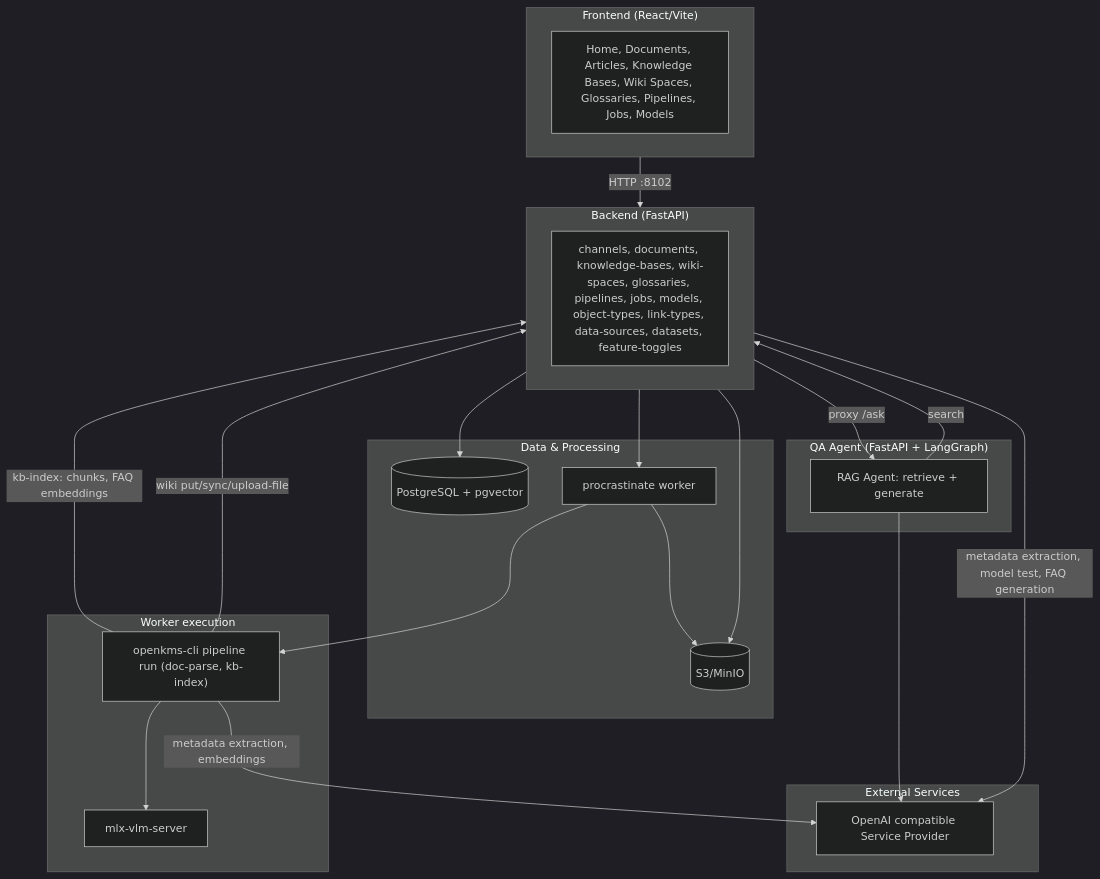
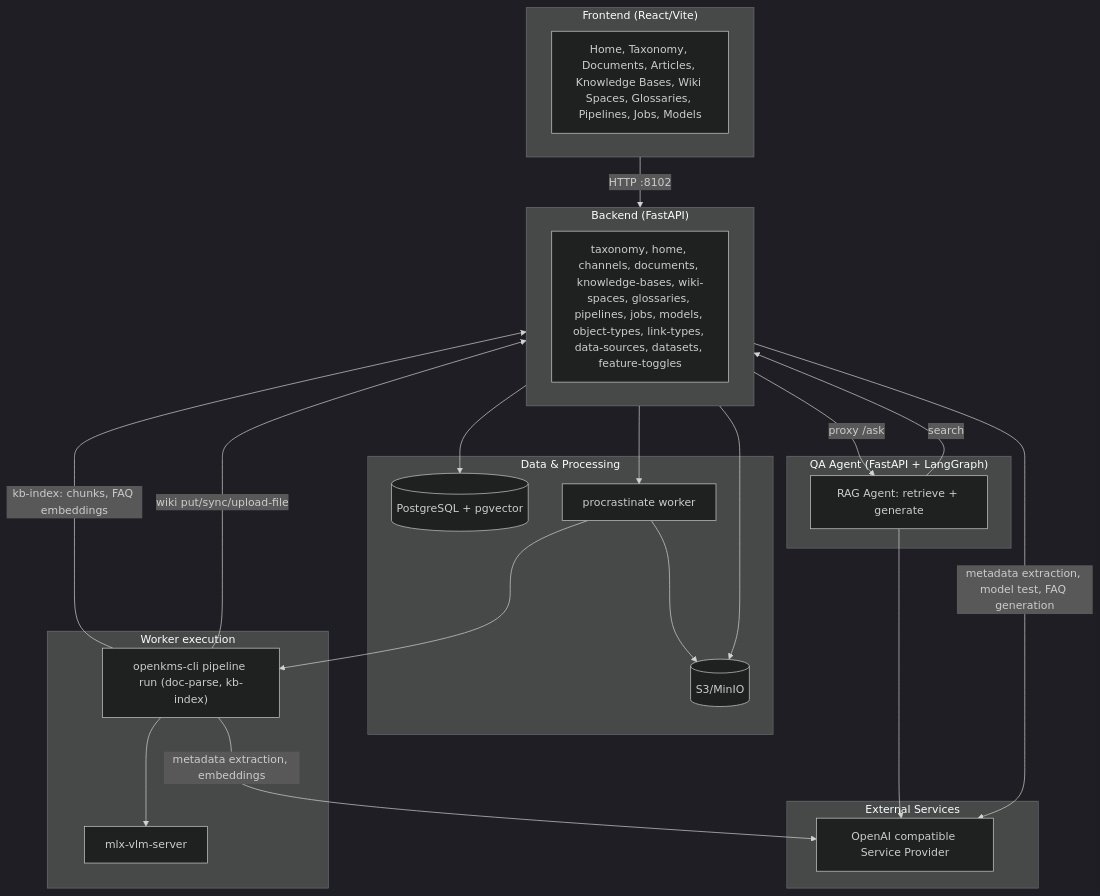
The first of 5 diagrams in docs/architecture.md (yingrui/openKMS), drawn with Mermaid (dark theme) before and after one commit. The commit also changed other lines of this file and 35 other files, not shown here.

First line of the commit message:
feat: taxonomy, home hub, public marketing home, and related migrations

````diff
--- a/docs/architecture.md
+++ b/docs/architecture.md
@@ -7,44 +7,44 @@
 ```mermaid
 flowchart TB
   subgraph Frontend["Frontend (React/Vite)"]
-    FE["Home, Documents, Articles, Knowledge Bases, Wiki Spaces, Glossaries, Pipelines, Jobs, Models"]
+    FE["Home, Taxonomy, Documents, Articles, Knowledge Bases, Wiki Spaces, Glossaries, Pipelines, Jobs, Models"]
   end
 
   subgraph Backend["Backend (FastAPI)"]
-    API["channels, documents, knowledge-bases, wiki-spaces, glossaries, pipelines, jobs, models, object-types, link-types, data-sources, datasets, feature-toggles"]
+    API["taxonomy, home, channels, documents, knowledge-bases, wiki-spaces, glossaries, pipelines, jobs, models, object-types, link-types, data-sources, datasets, feature-toggles"]
   end
 
   subgraph Storage["Data & Processing"]
     PG[("PostgreSQL + pgvector")]
     S3[(S3/MinIO)]
     Worker["procrastinate worker"]
   end
 
   subgraph WorkerDetail["Worker execution"]
     CLI["openkms-cli pipeline run (doc-parse, kb-index)"]
     VLM["mlx-vlm-server"]
   end
 
   subgraph QAAgent["QA Agent (FastAPI + LangGraph)"]
     Agent["RAG Agent: retrieve + generate"]
   end
 
   subgraph External["External Services"]
     LLM["OpenAI compatible Service Provider"]
   end
 
   Frontend -->|HTTP :8102| Backend
   Backend --> PG
   Backend --> S3
   Backend --> Worker
   Backend -->|metadata extraction, model test, FAQ generation| LLM
   Backend -->|proxy /ask| Agent
   Agent -->|search| Backend
   Agent --> LLM
   Worker --> S3
   Worker --> CLI
   CLI --> VLM
   CLI -->|metadata extraction, embeddings| LLM
   CLI -->|kb-index: chunks, FAQ embeddings| Backend
   CLI -->|wiki put/sync/upload-file| Backend
 ```
````
